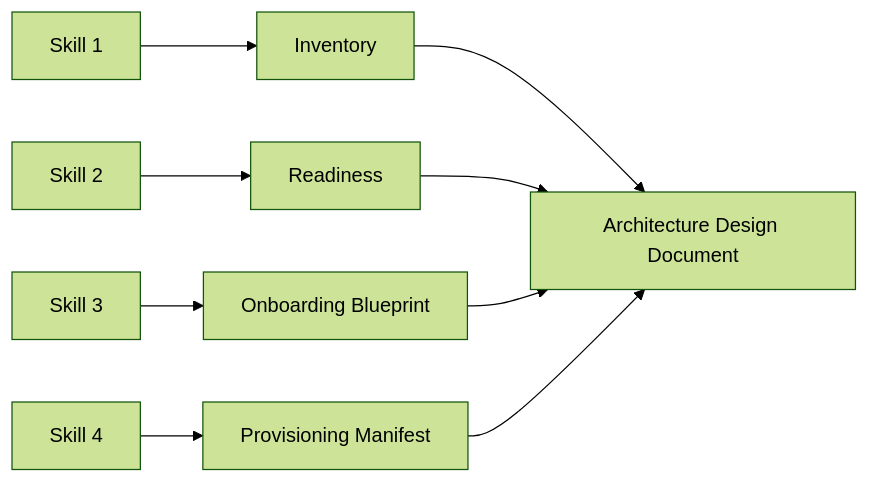
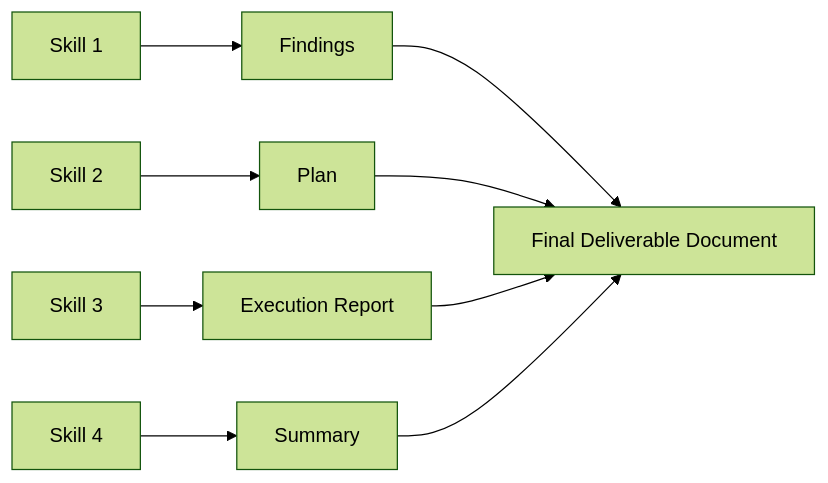
One commit to shivank22/ICE changed the sixth of 9 diagrams in ARCHITECTURE.md. Above: the diagram before and after it, drawn with Mermaid (forest theme). The commit also changed other lines of this file and 45 other files, not shown here.

````diff
--- a/ARCHITECTURE.md
+++ b/ARCHITECTURE.md
@@ -388,11 +386,11 @@
 ```mermaid
 flowchart LR
-    S1["Skill 1"] --> A1["Inventory"]
-    S2["Skill 2"] --> A2["Readiness"]
-    S3["Skill 3"] --> A3["Onboarding Blueprint"]
-    S4["Skill 4"] --> A4["Provisioning Manifest"]
-    A1 --> ADD["Architecture Design Document"]
-    A2 --> ADD
-    A3 --> ADD
-    A4 --> ADD
+    S1["Skill 1"] --> A1["Findings"]
+    S2["Skill 2"] --> A2["Plan"]
+    S3["Skill 3"] --> A3["Execution Report"]
+    S4["Skill 4"] --> A4["Summary"]
+    A1 --> FDD["Final Deliverable Document"]
+    A2 --> FDD
+    A3 --> FDD
+    A4 --> FDD
 ```
````
